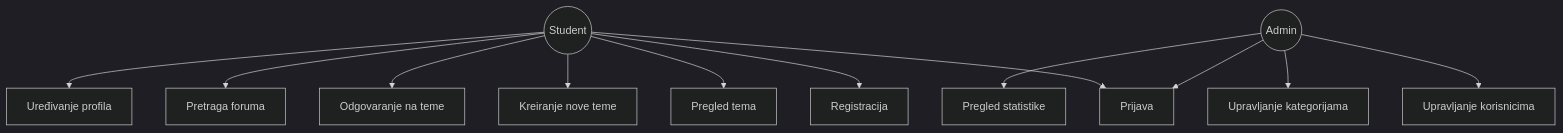
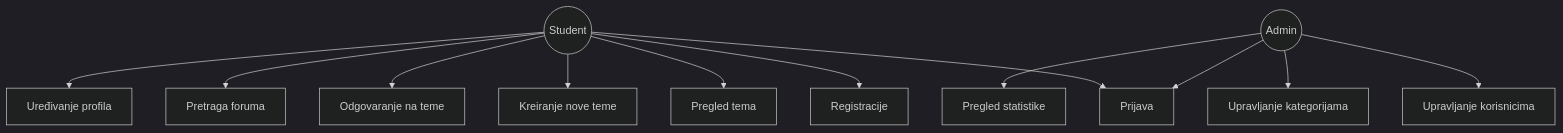
The diagram in projects/trikostura-sartori-pavic-listes/korisnik_i_administrator.mmd (nibzard/2025-intro-swe), drawn with Mermaid (dark theme) before and after one commit.

```diff
--- a/projects/trikostura-sartori-pavic-listes/korisnik_i_administrator.mmd
+++ b/projects/trikostura-sartori-pavic-listes/korisnik_i_administrator.mmd
@@ -1,7 +1,7 @@
 ---
 config:
   layout: dagre
 ---
 flowchart TB
-    Student(("Student")) --> UC1["Registracija"] & UC2["Prijava"] & UC3["Pregled tema"] & UC4["Kreiranje nove teme"] & UC5["Odgovaranje na teme"] & UC6["Pretraga foruma"] & UC7["Uređivanje profila"]
+    Student(("Student")) --> UC1["Registracije"] & UC2["Prijava"] & UC3["Pregled tema"] & UC4["Kreiranje nove teme"] & UC5["Odgovaranje na teme"] & UC6["Pretraga foruma"] & UC7["Uređivanje profila"]
     Admin(("Admin")) --> UC2 & UC12["Upravljanje korisnicima"] & UC14["Upravljanje kategorijama"] & UC15["Pregled statistike"]
```
